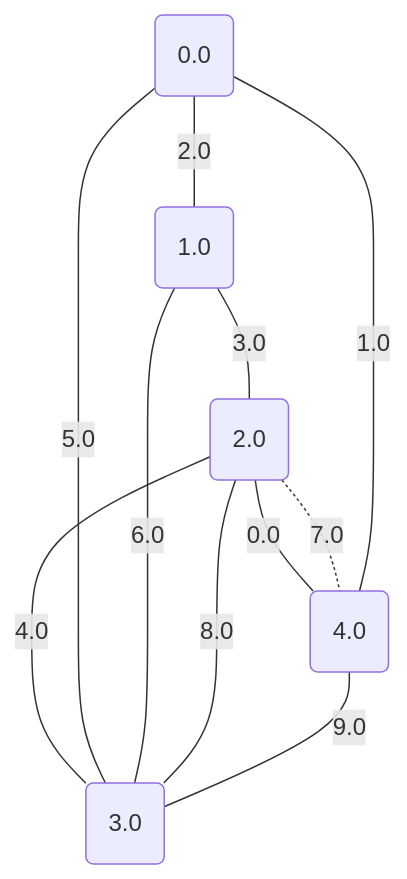
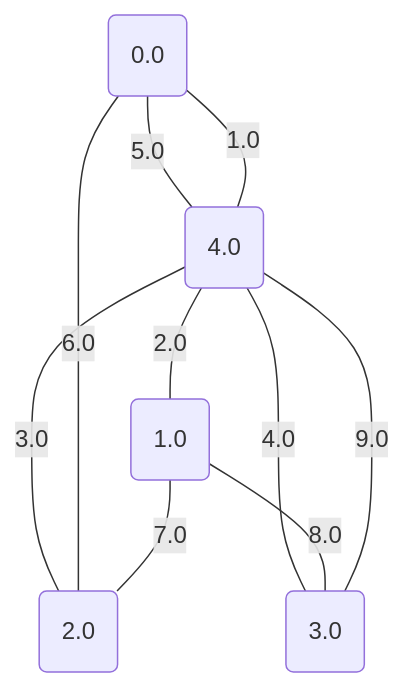
One commit to metury/graphs changed diagram 12 of 17 in project/src/testing/minCutPetersen.md. Above: the diagram before and after it, drawn with Mermaid. The commit also changed other lines of this file and 2 other files, not shown here.

````diff
--- a/project/src/testing/minCutPetersen.md
+++ b/project/src/testing/minCutPetersen.md
@@ -314,18 +314,17 @@
 ```mermaid
 graph TD;
 0("0.0");
 1("1.0");
 2("2.0");
 3("3.0");
 4("4.0");
-	2 -- "0.0" --- 4;
 	4 -- "1.0" --- 0;
-	0 -- "2.0" --- 1;
-	1 -- "3.0" --- 2;
-	2 -- "4.0" --- 3;
-	0 -- "5.0" --- 3;
-	1 -- "6.0" --- 3;
-	2 -. "7.0" -.- 4;
-	2 -- "8.0" --- 3;
+	4 -- "2.0" --- 1;
+	4 -- "3.0" --- 2;
+	4 -- "4.0" --- 3;
+	0 -- "5.0" --- 4;
+	0 -- "6.0" --- 2;
+	1 -- "7.0" --- 2;
+	1 -- "8.0" --- 3;
 	4 -- "9.0" --- 3;
 ```
````
